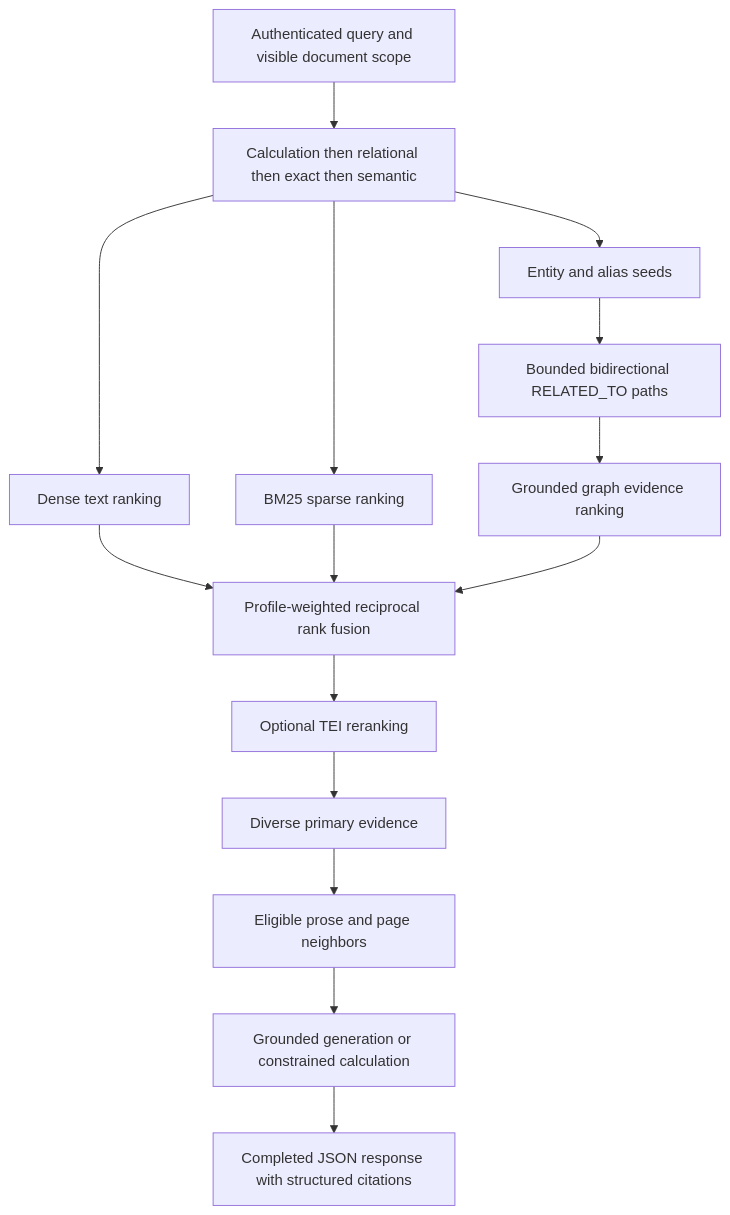
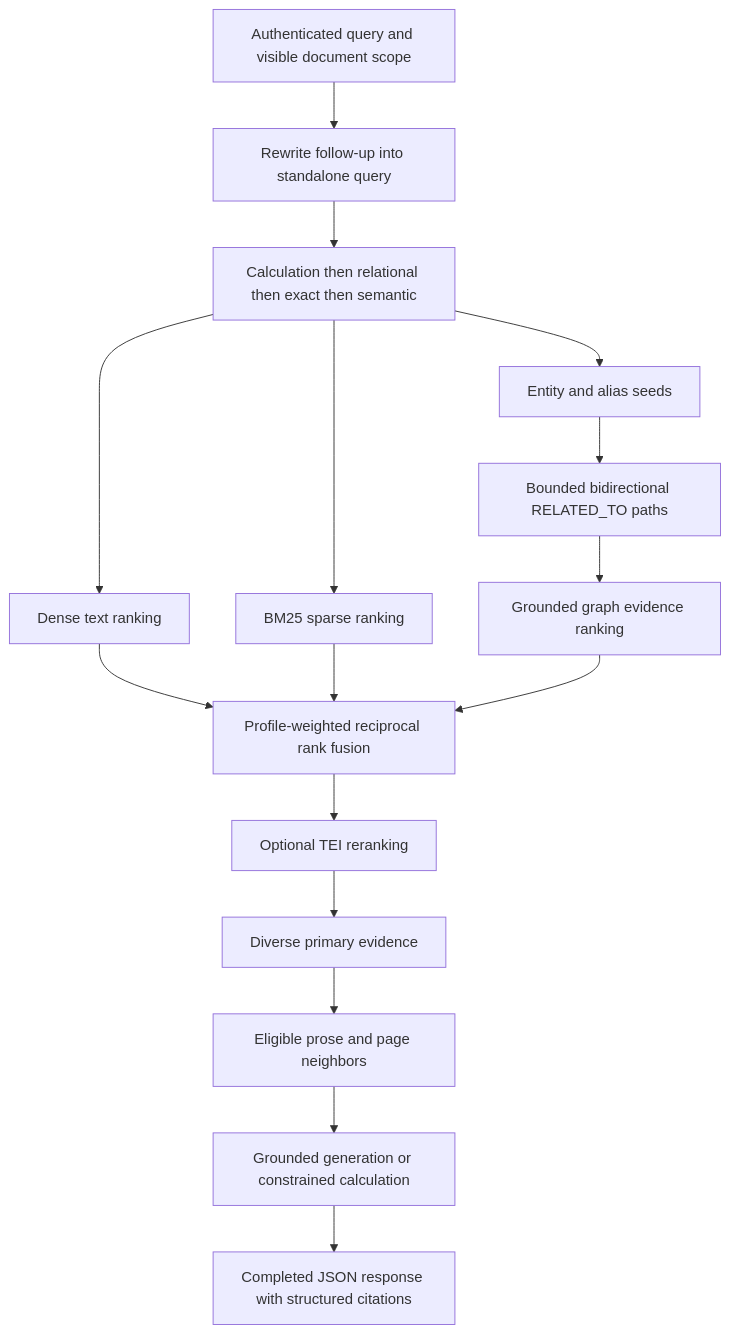
One commit to OpenVie/OpenVie changed the second of 2 diagrams in docs/RETRIEVAL.md. Above: the diagram before and after it, drawn with Mermaid. The commit also changed other lines of this file and 24 other files, not shown here.

First line of the commit message:
Implement contextual query planning for follow-up questions, update chat prompt schema version, and enhance model handling for output limits

````diff
--- a/docs/RETRIEVAL.md
+++ b/docs/RETRIEVAL.md
@@ -191,17 +191,18 @@
 ```mermaid
 flowchart TD
-    Query[Authenticated query and visible document scope] --> Route[Calculation then relational then exact then semantic]
+    Query[Authenticated query and visible document scope] --> Plan[Rewrite follow-up into standalone query]
+    Plan --> Route[Calculation then relational then exact then semantic]
     Route --> Dense[Dense text ranking]
     Route --> Sparse[BM25 sparse ranking]
     Route --> Graph[Entity and alias seeds]
     Graph --> Paths[Bounded bidirectional RELATED_TO paths]
     Paths --> Evidence[Grounded graph evidence ranking]
     Dense --> Fusion[Profile-weighted reciprocal rank fusion]
     Sparse --> Fusion
     Evidence --> Fusion
     Fusion --> Rerank[Optional TEI reranking]
     Rerank --> Select[Diverse primary evidence]
     Select --> Neighbors[Eligible prose and page neighbors]
     Neighbors --> Generate[Grounded generation or constrained calculation]
     Generate --> Response[Completed JSON response with structured citations]
 ```
````
